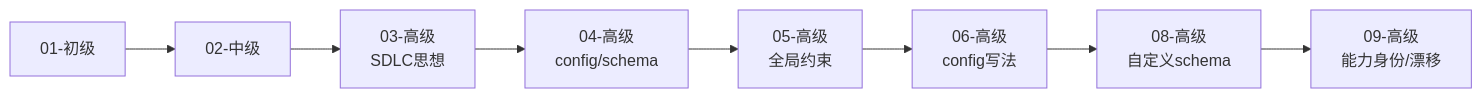
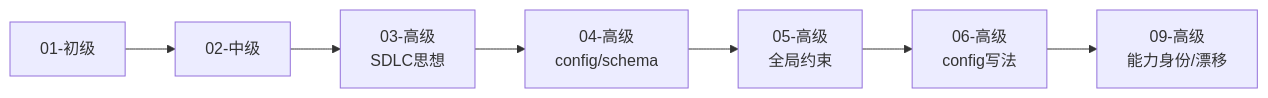
The second of 6 diagrams in _openspec_handbook/00-index.md (ethan-jiang-3/OpenSpec), drawn with Mermaid before and after one commit. The commit also changed other lines of this file and 17 other files, not shown here.

````diff
--- a/_openspec_handbook/00-index.md
+++ b/_openspec_handbook/00-index.md
@@ -128,8 +130,7 @@
 ```mermaid
 graph LR
     A[01-初级] --> B[02-中级] --> C[03-高级<br/>SDLC思想]
     C --> D[04-高级<br/>config/schema] --> E[05-高级<br/>全局约束]
     E --> F[06-高级<br/>config写法]
-    F --> G[08-高级<br/>自定义schema]
-    G --> H[09-高级<br/>能力身份/漂移]
+    F --> H[09-高级<br/>能力身份/漂移]
 ```
````
